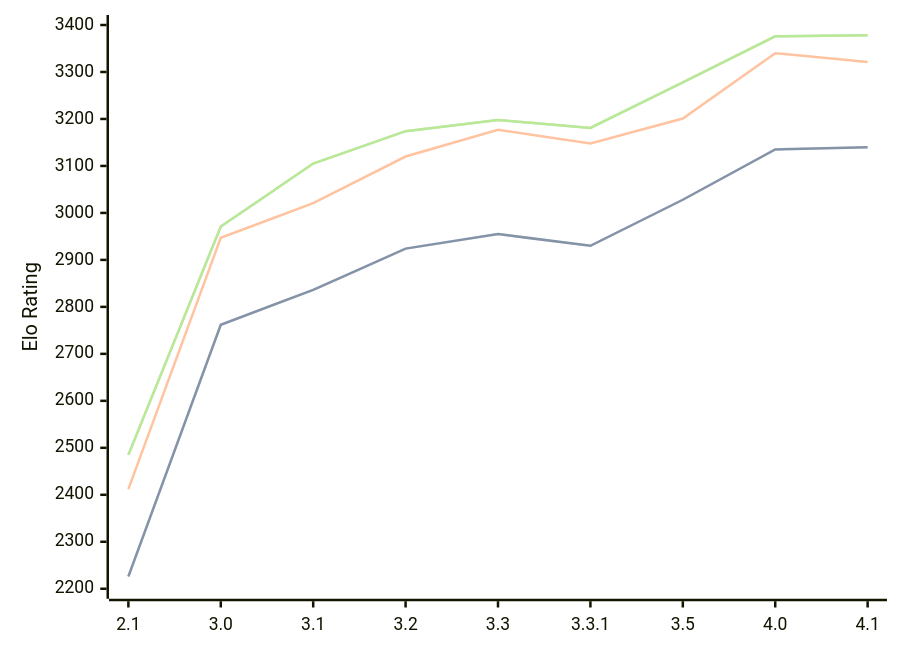
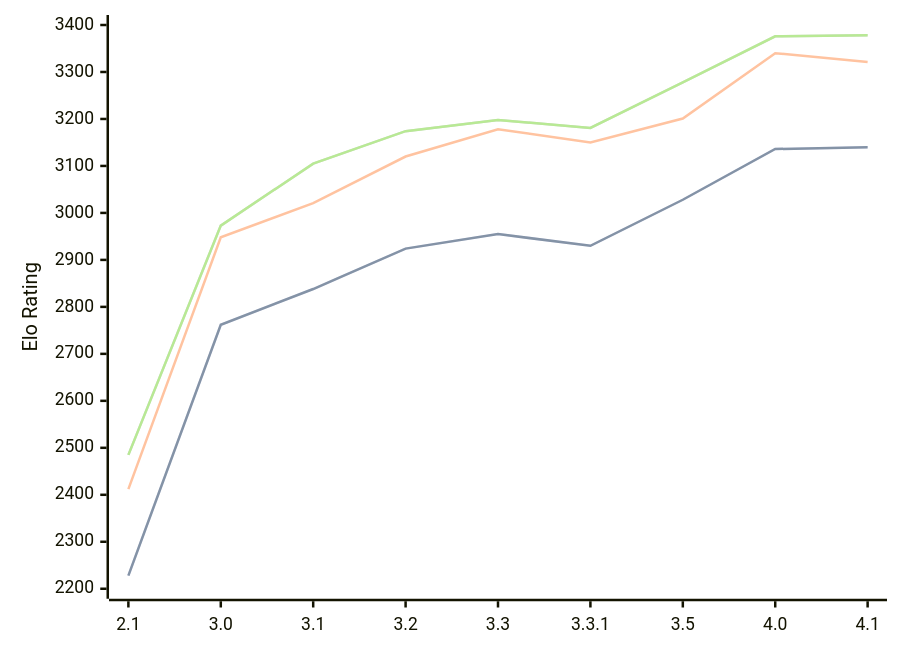
One commit to computer-chess-index/cci changed the diagram in engines/Petrel.md. Above: the diagram before and after it, drawn with Mermaid. The commit also changed other lines of this file, not shown here.

Commit message:
Update CCI Ratings (ELO VLTC) - 2026-10-08

````diff
--- a/engines/Petrel.md
+++ b/engines/Petrel.md
@@ -39,11 +39,11 @@
 ```mermaid
 %%{init: {"theme":"base","themeVariables":{"seriesColors:['#a3a3a3','#222221','#faa371']}}}%%
 xychart-beta
   x-axis ["2.1", "3.0", "3.1", "3.2", "3.3", "3.3.1", "3.5", "4.0", "4.1"]
   y-axis "Elo Rating" 2200 --> 3400
-  line "" [2226, 2762, 2836, 2924, 2955, 2930, 3028, 3135, 3140]
-  line "STC (8.0+0.08s)" [2226, 2762, 2836, 2924, 2955, 2930, 3028, 3135, 3140]
-  line "LTC (60.0+0.60s)" [2412, 2947, 3021, 3120, 3177, 3148, 3201, 3340, 3321]
-  line "" [2485, 2971, 3105, 3174, 3198, 3181, 3278, 3376, 3378]
-  line "VLTC (2m24s+1.12s)" [2485, 2971, 3105, 3174, 3198, 3181, 3278, 3376, 3378]
+  line "" [2228, 2762, 2838, 2924, 2955, 2930, 3028, 3136, 3140]
+  line "STC (8.0+0.08s)" [2228, 2762, 2838, 2924, 2955, 2930, 3028, 3136, 3140]
+  line "LTC (60.0+0.60s)" [2412, 2948, 3021, 3120, 3178, 3150, 3201, 3340, 3321]
+  line "" [2485, 2973, 3105, 3174, 3198, 3181, 3278, 3376, 3378]
+  line "VLTC (2m24s+1.12s)" [2485, 2973, 3105, 3174, 3198, 3181, 3278, 3376, 3378]
 ```
````
